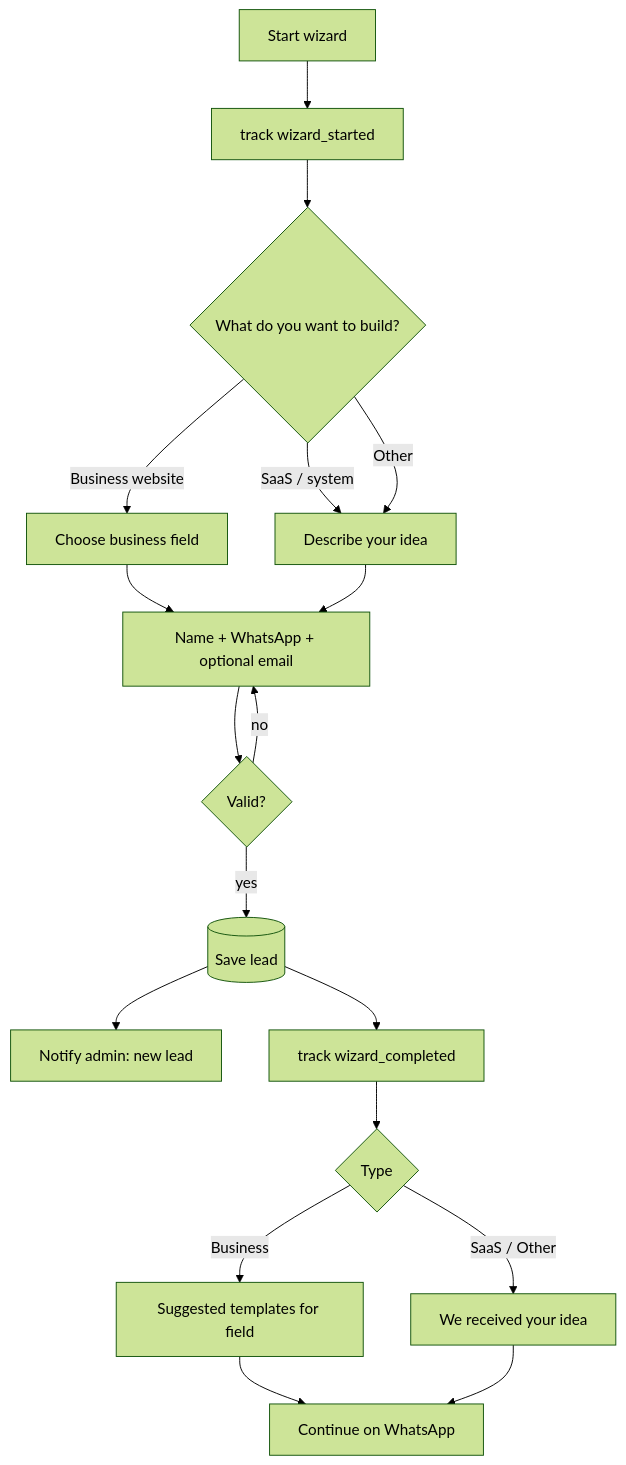
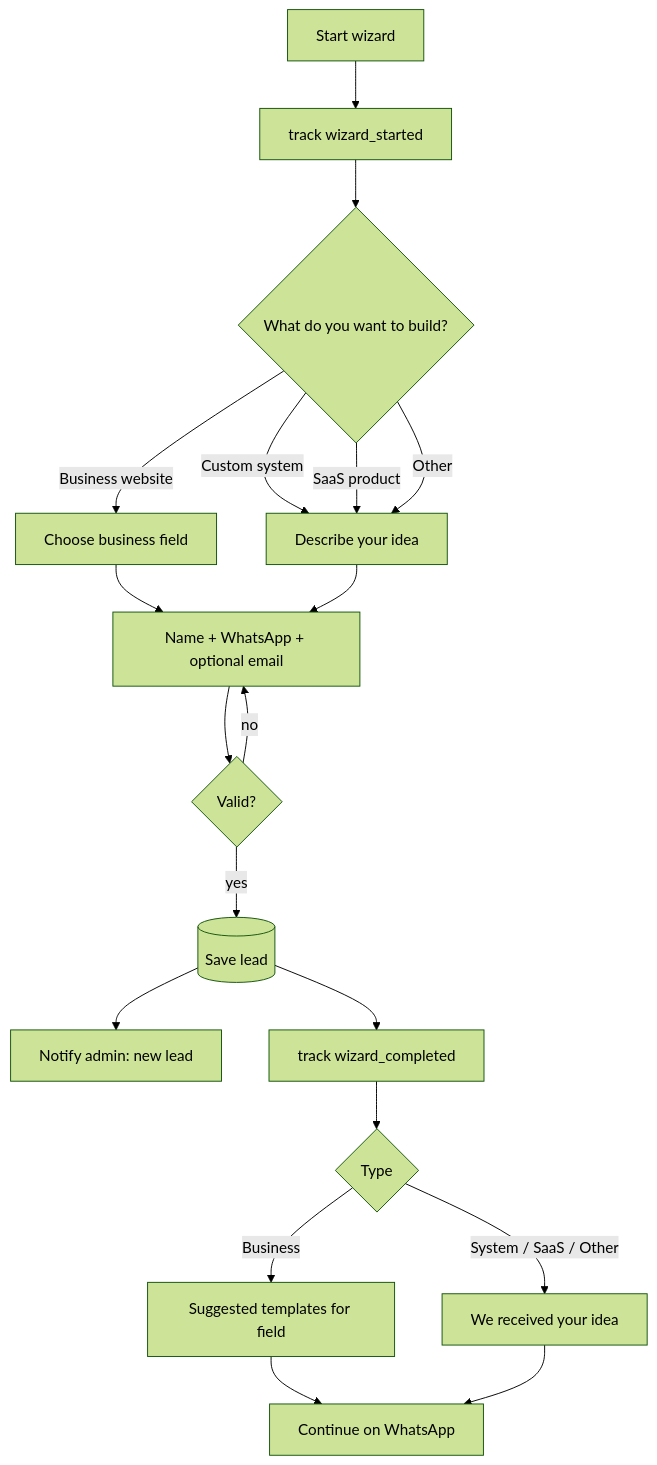
Before and after one commit to AhmedElnagarUU/Demmoss: the first of 2 diagrams in docs/features/wizard.md, drawn with Mermaid (forest theme). The commit also changed other lines of this file and 3 other files, not shown here.

First line of the commit message:
Add custom system type to wizard and guide quiz tracking event

````diff
--- a/docs/features/wizard.md
+++ b/docs/features/wizard.md
@@ -40,20 +41,21 @@
 ```mermaid
 flowchart TD
   A[Start wizard] --> TR1[track wizard_started]
   TR1 --> B{What do you want to build?}
   B -->|Business website| C[Choose business field]
-  B -->|SaaS / system| D[Describe your idea]
+  B -->|Custom system| D[Describe your idea]
+  B -->|SaaS product| D
   B -->|Other| D
   C --> E[Name + WhatsApp + optional email]
   D --> E
   E --> V{Valid?}
   V -->|no| E
   V -->|yes| S[(Save lead)]
   S --> N[Notify admin: new lead]
   S --> TR2[track wizard_completed]
   TR2 --> R{Type}
   R -->|Business| SUG[Suggested templates for field]
-  R -->|SaaS / Other| ACK[We received your idea]
+  R -->|System / SaaS / Other| ACK[We received your idea]
   SUG --> WA[Continue on WhatsApp]
   ACK --> WA
 ```
````
